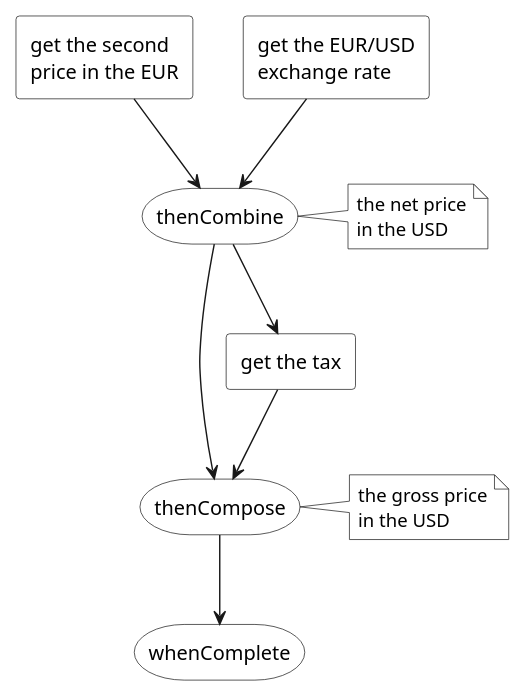
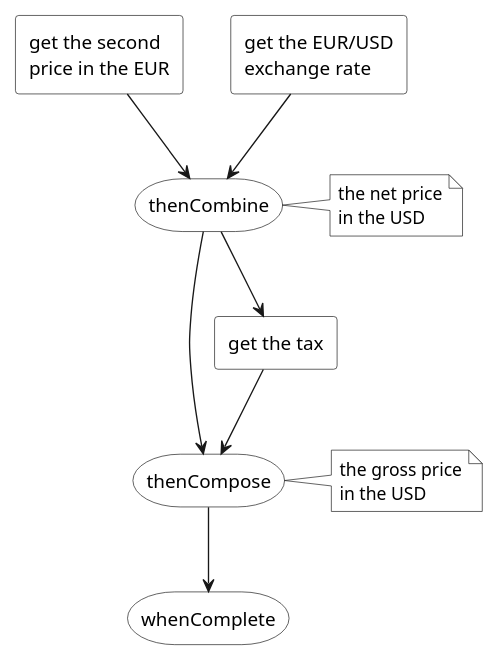
The diagram in images/CompletableFuture API example.puml (ti-cortex-m4/demo-java-completablefuture), drawn with PlantUML before and after one commit. The commit also changed 2 other files, not shown here.

```diff
--- a/images/CompletableFuture API example.puml
+++ b/images/CompletableFuture API example.puml
@@ -1,31 +1,31 @@
 @startuml
 
-scale 0.95
+scale 0.90
 skinparam monochrome true
 skinparam RectangleBackgroundColor white
 skinparam StorageBackgroundColor white
 skinparam NoteBackgroundColor white
 
 rectangle "get the second\nprice in the EUR" as step4
 rectangle "get the EUR/USD\nexchange rate" as step5
 
 storage  "thenCombine" as step7
 note right of step7: the net price\nin the USD
 
 rectangle "get the tax" as step7b
 
 storage  "thenCompose" as step8
 note right of step8: the gross price\nin the USD
 
 storage  "whenComplete" as step9
 
 step4 --> step7
 step5 --> step7
 
 step7 --> step7b
 step7 --> step8
 step7b --> step8
 
 step8 --> step9
 
 @enduml
```
